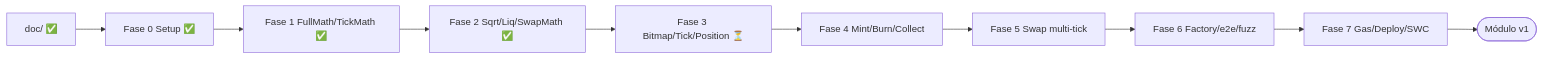
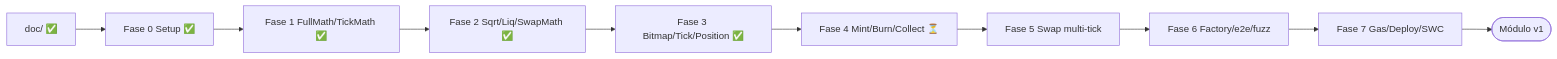
Before and after one commit to rastrahm/amm-v3-concentrated-liquidity: the ninth of 9 diagrams in doc/flujograma.md, drawn with Mermaid. The commit also changed other lines of this file and 12 other files, not shown here.

Commit message:
TickBitmap + Tick + Position

````diff
--- a/doc/flujograma.md
+++ b/doc/flujograma.md
@@ -167,12 +167,12 @@
 ```mermaid
 flowchart LR
     Doc[doc/ ✅] --> F0[Fase 0 Setup ✅]
     F0 --> F1[Fase 1 FullMath/TickMath ✅]
     F1 --> F2[Fase 2 Sqrt/Liq/SwapMath ✅]
-    F2 --> F3[Fase 3 Bitmap/Tick/Position ⏳]
-    F3 --> F4[Fase 4 Mint/Burn/Collect]
+    F2 --> F3[Fase 3 Bitmap/Tick/Position ✅]
+    F3 --> F4[Fase 4 Mint/Burn/Collect ⏳]
     F4 --> F5[Fase 5 Swap multi-tick]
     F5 --> F6[Fase 6 Factory/e2e/fuzz]
     F6 --> F7[Fase 7 Gas/Deploy/SWC]
     F7 --> Done([Módulo v1])
 ```
````
